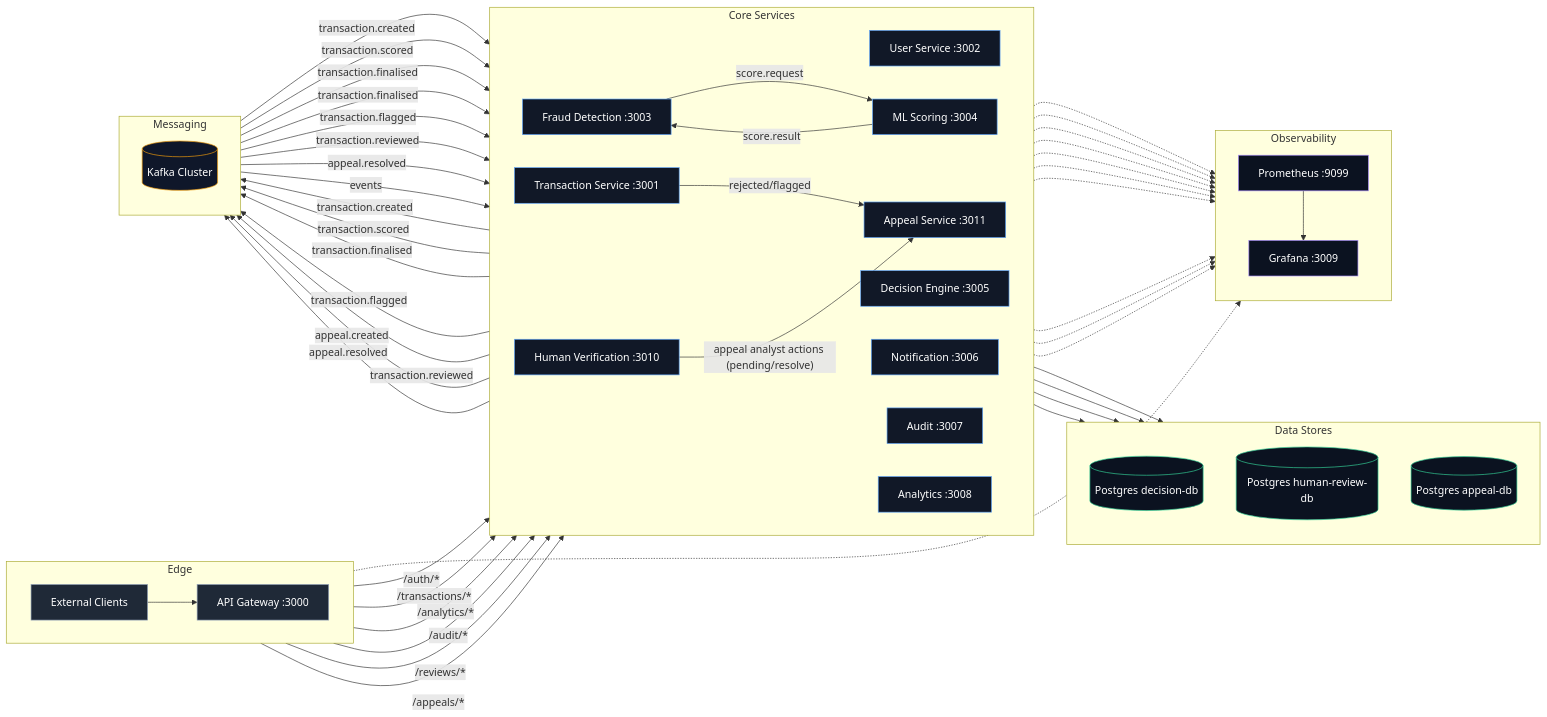
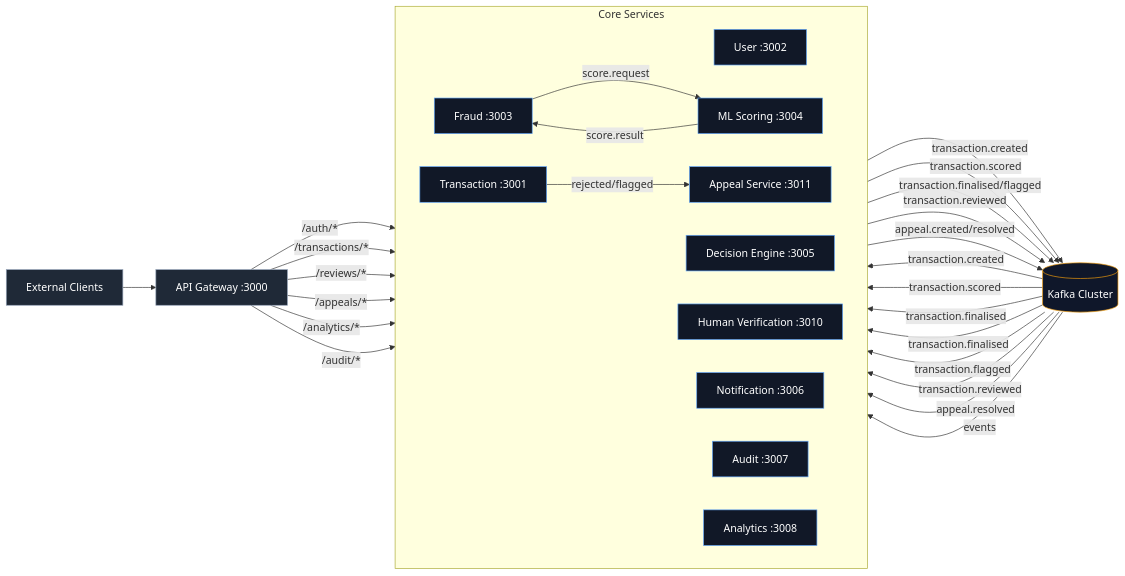
The first of 2 diagrams in README.md (Naren3333/fraud-detection-system), drawn with Mermaid before and after one commit. The commit also changed other lines of this file, not shown here.

Commit message:
readme changes

````diff
--- a/README.md
+++ b/README.md
@@ -21,27 +24,20 @@
 classDef edge fill:#1f2937,stroke:#94a3b8,color:#fff,stroke-width:1px;
 classDef svc fill:#111827,stroke:#60a5fa,color:#fff,stroke-width:1px;
 classDef bus fill:#0f172a,stroke:#f59e0b,color:#fff,stroke-width:1px;
-classDef db fill:#0b1220,stroke:#34d399,color:#fff,stroke-width:1px;
-classDef obs fill:#0b1220,stroke:#a78bfa,color:#fff,stroke-width:1px;
 
 %% =========================
-%% LAYER 1 – EDGE
+%% EDGE
 %% =========================
-subgraph L1[Edge]
-direction LR
-Client[External Clients]:::edge
-Gateway[API Gateway :3000]:::edge
-Client --> Gateway
-end
+Client[External Clients]:::edge --> Gateway[API Gateway :3000]:::edge
 
 %% =========================
-%% LAYER 2 – CORE SERVICES
+%% CORE SERVICES
 %% =========================
-subgraph L2[Core Services]
+subgraph Core[Core Services]
 direction LR
-User[User Service :3002]:::svc
-Transaction[Transaction Service :3001]:::svc
-Fraud[Fraud Detection :3003]:::svc
+User[User :3002]:::svc
+Transaction[Transaction :3001]:::svc
+Fraud[Fraud :3003]:::svc
 ML[ML Scoring :3004]:::svc
 Decision[Decision Engine :3005]:::svc
 HumanVerify[Human Verification :3010]:::svc
@@ -52,93 +48,43 @@
 end
 
 %% =========================
-%% LAYER 3 – MESSAGING
+%% MESSAGING
 %% =========================
-subgraph L3[Messaging]
-direction TB
 Kafka[(Kafka Cluster)]:::bus
-end
 
 %% =========================
-%% DATA
-%% =========================
-subgraph L4[Data Stores]
-direction TB
-DecisionDB[(Postgres decision-db)]:::db
-HumanReviewDB[(Postgres human-review-db)]:::db
-AppealDB[(Postgres appeal-db)]:::db
-end
-
-%% =========================
-%% OBSERVABILITY
-%% =========================
-subgraph L5[Observability]
-direction TB
-Prometheus[Prometheus :9099]:::obs
-Grafana[Grafana :3009]:::obs
-Prometheus --> Grafana
-end
-
-%% =========================
-%% HTTP ROUTES (clean + top-level)
+%% HTTP ROUTES
 %% =========================
 Gateway -- "/auth/*" --> User
 Gateway -- "/transactions/*" --> Transaction
+Gateway -- "/reviews/*" --> HumanVerify
+Gateway -- "/appeals/*" --> Appeal
 Gateway -- "/analytics/*" --> Analytics
 Gateway -- "/audit/*" --> Audit
-Gateway -- "/reviews/*" --> HumanVerify
-Gateway -- "/appeals/*" --> Appeal
 
 %% =========================
-%% EVENT FLOWS (grouped)
+%% EVENT FLOW
 %% =========================
 Transaction -- "transaction.created" --> Kafka
 Kafka -- "transaction.created" --> Fraud
+
 Fraud -- "score.request" --> ML
 ML -- "score.result" --> Fraud
+
 Fraud -- "transaction.scored" --> Kafka
 Kafka -- "transaction.scored" --> Decision
 
-Decision -- "transaction.finalised" --> Kafka
-Decision -- "transaction.flagged" --> Kafka
+Decision -- "transaction.finalised/flagged" --> Kafka
+Kafka -- "transaction.finalised" --> Notification
 Kafka -- "transaction.finalised" --> Transaction
-Kafka -- "transaction.finalised" --> Notification
 Kafka -- "transaction.flagged" --> HumanVerify
 
 HumanVerify -- "transaction.reviewed" --> Kafka
 Kafka -- "transaction.reviewed" --> Transaction
 
 Transaction -- "rejected/flagged" --> Appeal
-Appeal -- "appeal.created" --> Kafka
-Appeal -- "appeal.resolved" --> Kafka
+Appeal -- "appeal.created/resolved" --> Kafka
 Kafka -- "appeal.resolved" --> Transaction
-HumanVerify -- "appeal analyst actions (pending/resolve)" --> Appeal
 
-%% =========================
-%% DB LINKS
-%% =========================
-Decision --> DecisionDB
-HumanVerify --> HumanReviewDB
-Appeal --> AppealDB
-Analytics --> DecisionDB
-
-%% =========================
-%% AUDIT EVENTS (reduce clutter: everything -> Audit via events)
-%% =========================
 Kafka -- "events" --> Audit
-
-%% =========================
-%% METRICS (compact: group via one label)
-%% =========================
-Gateway -.-> Prometheus
-User -.-> Prometheus
-Transaction -.-> Prometheus
-Fraud -.-> Prometheus
-ML -.-> Prometheus
-Decision -.-> Prometheus
-HumanVerify -.-> Prometheus
-Appeal -.-> Prometheus
-Notification -.-> Prometheus
-Audit -.-> Prometheus
-Analytics -.-> Prometheus
 ```
````
